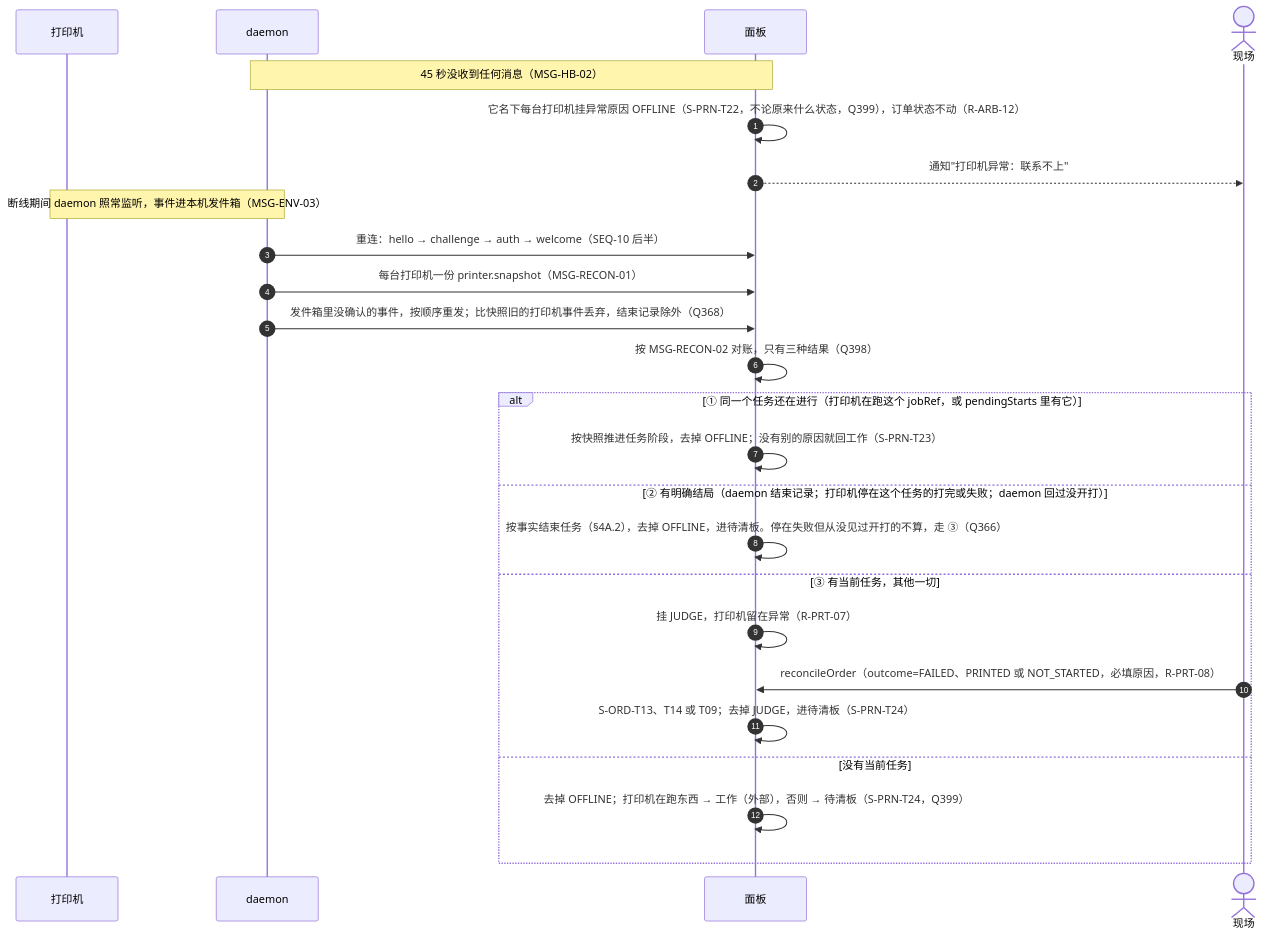
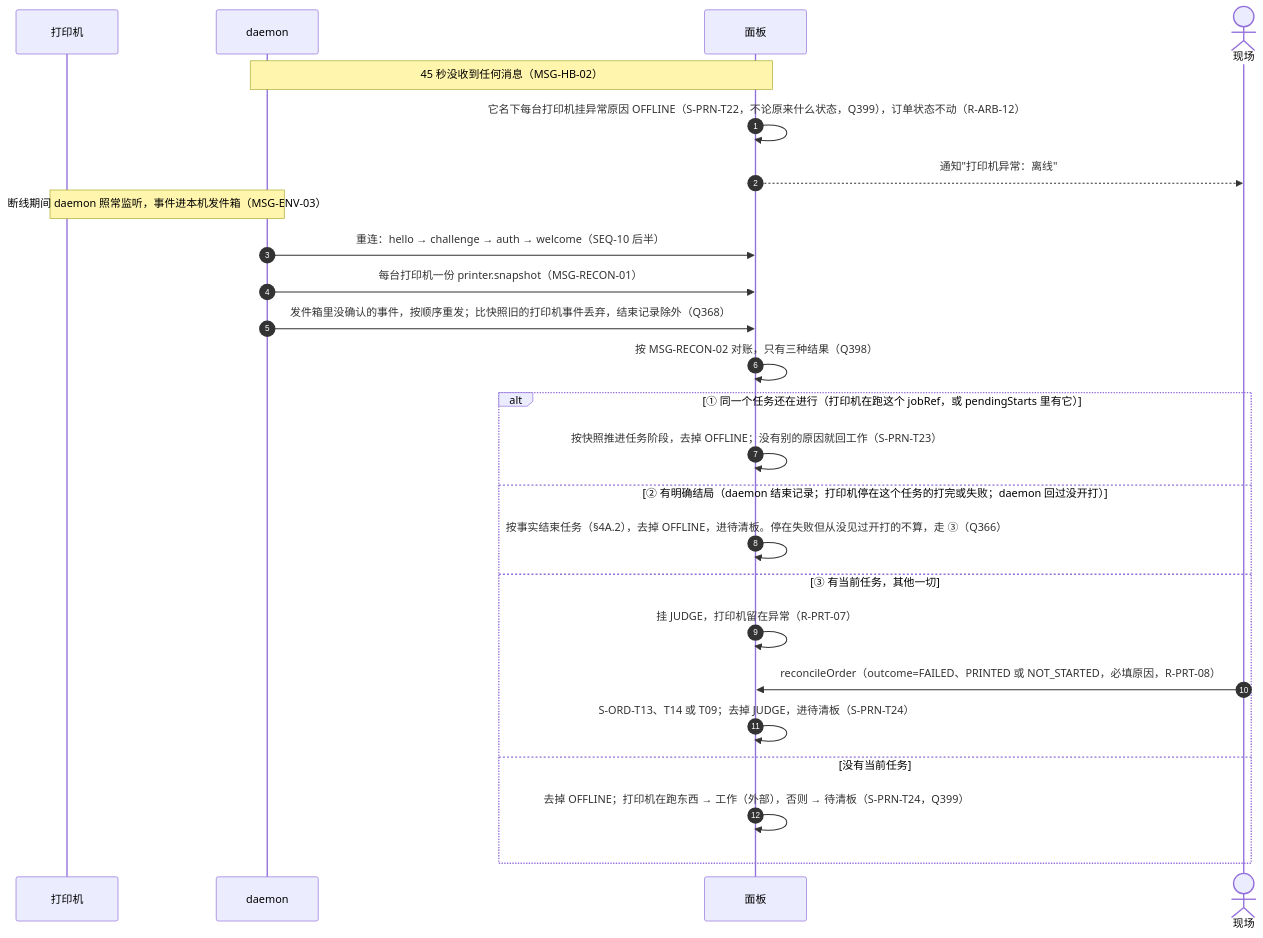
The sixth of 11 diagrams in docs/design/03-sequences.md (PlateRelay/PlateRelay), drawn with Mermaid before and after one commit. The commit also changed 6 other files, not shown here.

````diff
--- a/docs/design/03-sequences.md
+++ b/docs/design/03-sequences.md
@@ -250,27 +250,27 @@
 ```mermaid
 sequenceDiagram
   autonumber
   participant R as 打印机
   participant D as daemon
   participant P as 面板
   actor S as 现场
   Note over D,P: 45 秒没收到任何消息（MSG-HB-02）
   P->>P: 它名下每台打印机挂异常原因 OFFLINE（S-PRN-T22，不论原来什么状态，Q399），订单状态不动（R-ARB-12）
-  P-->>S: 通知"打印机异常：联系不上"
+  P-->>S: 通知"打印机异常：离线"
   Note over R,D: 断线期间 daemon 照常监听，事件进本机发件箱（MSG-ENV-03）
   D->>P: 重连：hello → challenge → auth → welcome（SEQ-10 后半）
   D->>P: 每台打印机一份 printer.snapshot（MSG-RECON-01）
   D->>P: 发件箱里没确认的事件，按顺序重发；比快照旧的打印机事件丢弃，结束记录除外（Q368）
   P->>P: 按 MSG-RECON-02 对账，只有三种结果（Q398）
   alt ① 同一个任务还在进行（打印机在跑这个 jobRef，或 pendingStarts 里有它）
     P->>P: 按快照推进任务阶段，去掉 OFFLINE；没有别的原因就回工作（S-PRN-T23）
   else ② 有明确结局（daemon 结束记录；打印机停在这个任务的打完或失败；daemon 回过没开打）
     P->>P: 按事实结束任务（§4A.2），去掉 OFFLINE，进待清板。停在失败但从没见过开打的不算，走 ③（Q366）
   else ③ 有当前任务，其他一切
     P->>P: 挂 JUDGE，打印机留在异常（R-PRT-07）
     S->>P: reconcileOrder（outcome=FAILED、PRINTED 或 NOT_STARTED，必填原因，R-PRT-08）
     P->>P: S-ORD-T13、T14 或 T09；去掉 JUDGE，进待清板（S-PRN-T24）
   else 没有当前任务
     P->>P: 去掉 OFFLINE；打印机在跑东西 → 工作（外部），否则 → 待清板（S-PRN-T24，Q399）
   end
 ```
````
